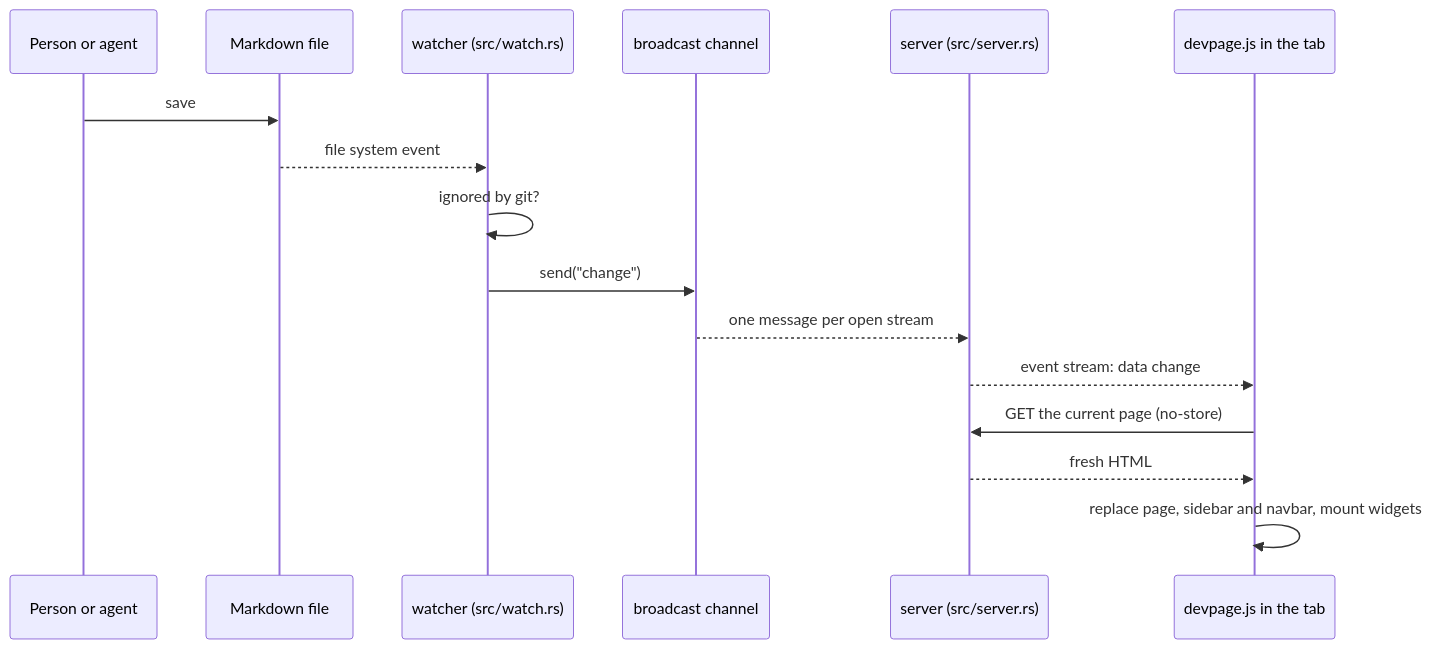
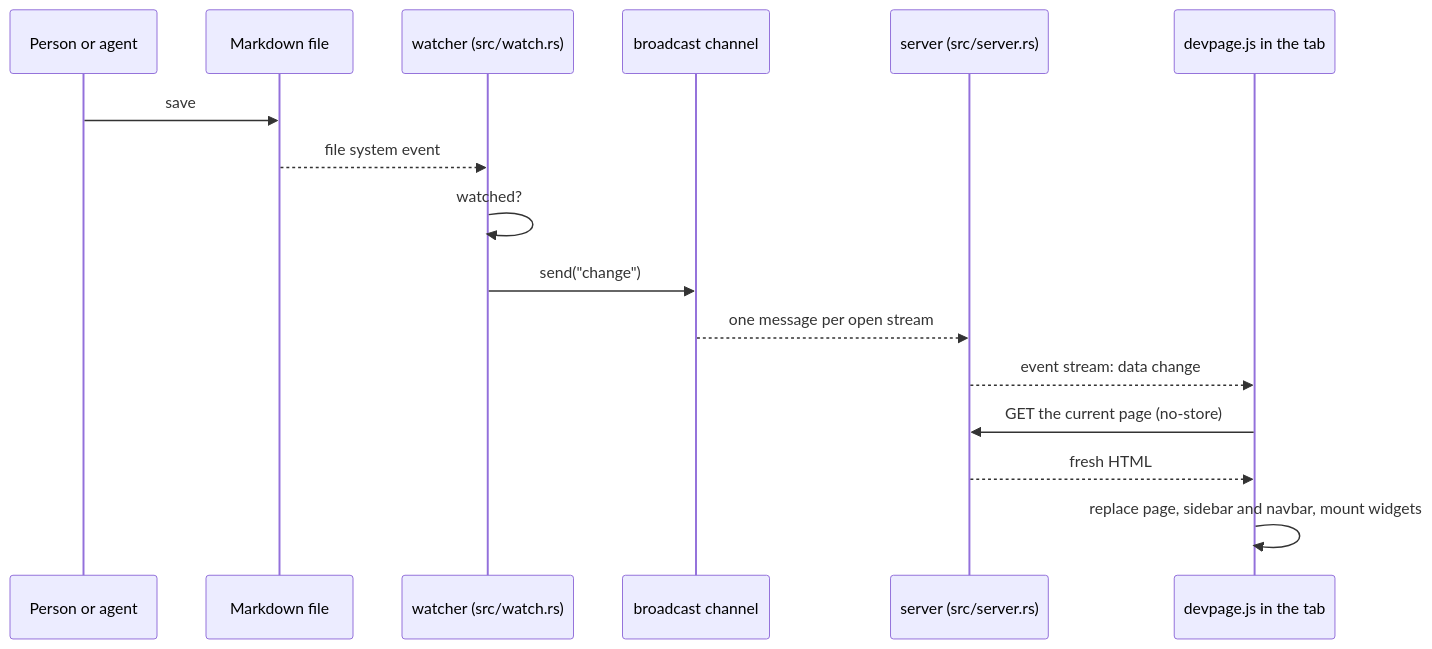
One commit to andrei512/devpage changed the first of 2 diagrams in docs/boxes/viewer/live-updates/README.md. Above: the diagram before and after it, drawn with Mermaid. The commit also changed other lines of this file and 20 other files, not shown here.

````diff
--- a/docs/boxes/viewer/live-updates/README.md
+++ b/docs/boxes/viewer/live-updates/README.md
@@ -12,18 +13,18 @@
 ```mermaid
 sequenceDiagram
   participant Editor as Person or agent
   participant Disk as Markdown file
   participant Watcher as watcher (src/watch.rs)
   participant Channel as broadcast channel
   participant Server as server (src/server.rs)
   participant Page as devpage.js in the tab
   Editor->>Disk: save
   Disk-->>Watcher: file system event
-  Watcher->>Watcher: ignored by git?
+  Watcher->>Watcher: watched?
   Watcher->>Channel: send("change")
   Channel-->>Server: one message per open stream
   Server-->>Page: event stream: data change
   Page->>Server: GET the current page (no-store)
   Server-->>Page: fresh HTML
   Page->>Page: replace page, sidebar and navbar, mount widgets
 ```
````
